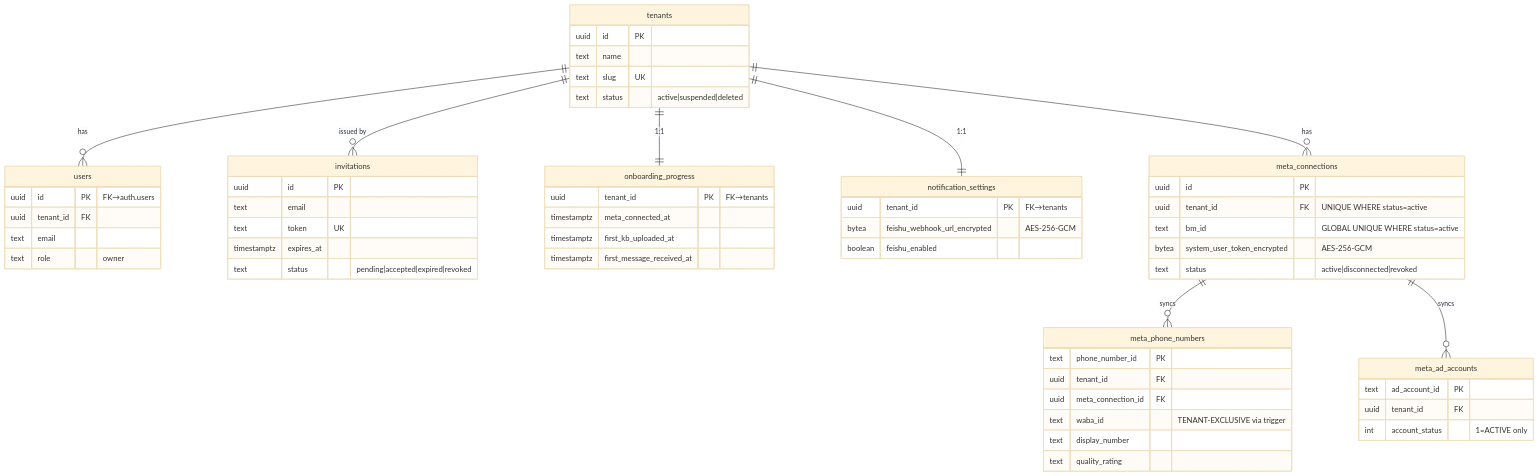
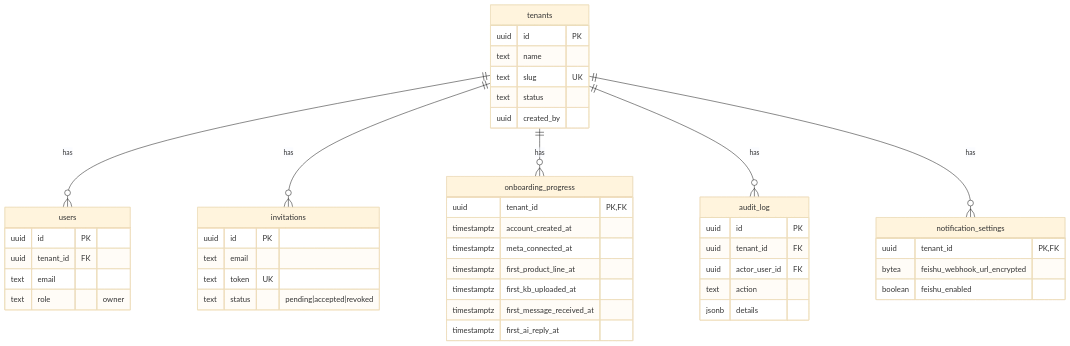
One commit to Sciiaok/xuqiu-bot changed the sixth of 11 diagrams in README.md. Above: the diagram before and after it, drawn with Mermaid (base theme). The commit also changed other lines of this file and 8 other files, not shown here.

````diff
--- a/README.md
+++ b/README.md
@@ -233,61 +457,49 @@
 ```mermaid
 erDiagram
-  tenants ||--o{ users : "has"
-  tenants ||--o{ invitations : "issued by"
-  tenants ||--|| onboarding_progress : "1:1"
-  tenants ||--|| notification_settings : "1:1"
-  tenants ||--o{ meta_connections : "has"
-  meta_connections ||--o{ meta_phone_numbers : "syncs"
-  meta_connections ||--o{ meta_ad_accounts : "syncs"
+    tenants ||--o{ users : has
+    tenants ||--o{ invitations : has
+    tenants ||--o{ onboarding_progress : has
+    tenants ||--o{ audit_log : has
+    tenants ||--o{ notification_settings : has
 
-  tenants {
-    uuid id PK
-    text name
-    text slug UK
-    text status "active|suspended|deleted"
-  }
-  users {
-    uuid id PK "FK→auth.users"
-    uuid tenant_id FK
-    text email
-    text role "owner"
-  }
-  invitations {
-    uuid id PK
-    text email
-    text token UK
-    timestamptz expires_at
-    text status "pending|accepted|expired|revoked"
-  }
-  onboarding_progress {
-    uuid tenant_id PK "FK→tenants"
-    timestamptz meta_connected_at
-    timestamptz first_kb_uploaded_at
-    timestamptz first_message_received_at
-  }
-  notification_settings {
-    uuid tenant_id PK "FK→tenants"
-    bytea feishu_webhook_url_encrypted "AES-256-GCM"
-    boolean feishu_enabled
-  }
-  meta_connections {
-    uuid id PK
-    uuid tenant_id FK "UNIQUE WHERE status=active"
-    text bm_id "GLOBAL UNIQUE WHERE status=active"
-    bytea system_user_token_encrypted "AES-256-GCM"
-    text status "active|disconnected|revoked"
-  }
-  meta_phone_numbers {
-    text phone_number_id PK
-    uuid tenant_id FK
-    uuid meta_connection_id FK
-    text waba_id "TENANT-EXCLUSIVE via trigger"
-    text display_number
-    text quality_rating
-  }
-  meta_ad_accounts {
-    text ad_account_id PK
-    uuid tenant_id FK
-    int account_status "1=ACTIVE only"
-  }
+    tenants {
+        uuid id PK
+        text name
+        text slug UK
+        text status
+        uuid created_by
+    }
+    users {
+        uuid id PK
+        uuid tenant_id FK
+        text email
+        text role "owner"
+    }
+    invitations {
+        uuid id PK
+        text email
+        text token UK
+        text status "pending|accepted|revoked"
+    }
+    onboarding_progress {
+        uuid tenant_id PK,FK
+        timestamptz account_created_at
+        timestamptz meta_connected_at
+        timestamptz first_product_line_at
+        timestamptz first_kb_uploaded_at
+        timestamptz first_message_received_at
+        timestamptz first_ai_reply_at
+    }
+    audit_log {
+        uuid id PK
+        uuid tenant_id FK
+        uuid actor_user_id FK
+        text action
+        jsonb details
+    }
+    notification_settings {
+        uuid tenant_id PK,FK
+        bytea feishu_webhook_url_encrypted
+        boolean feishu_enabled
+    }
 ```
````
